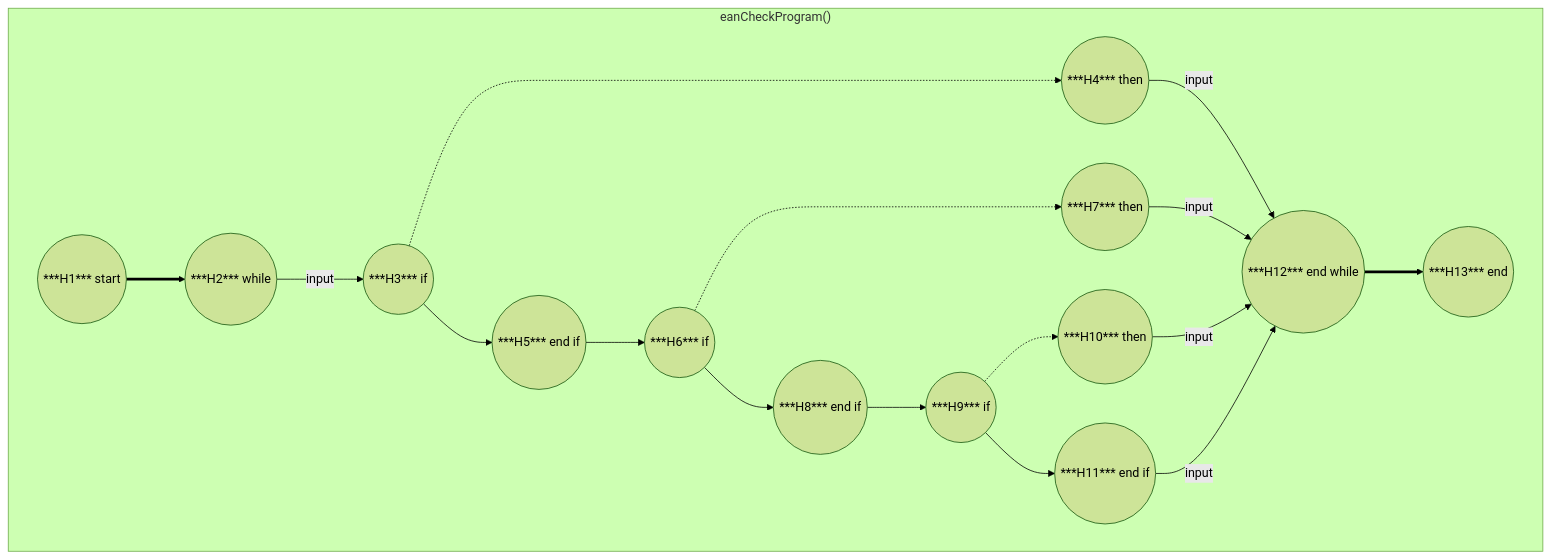
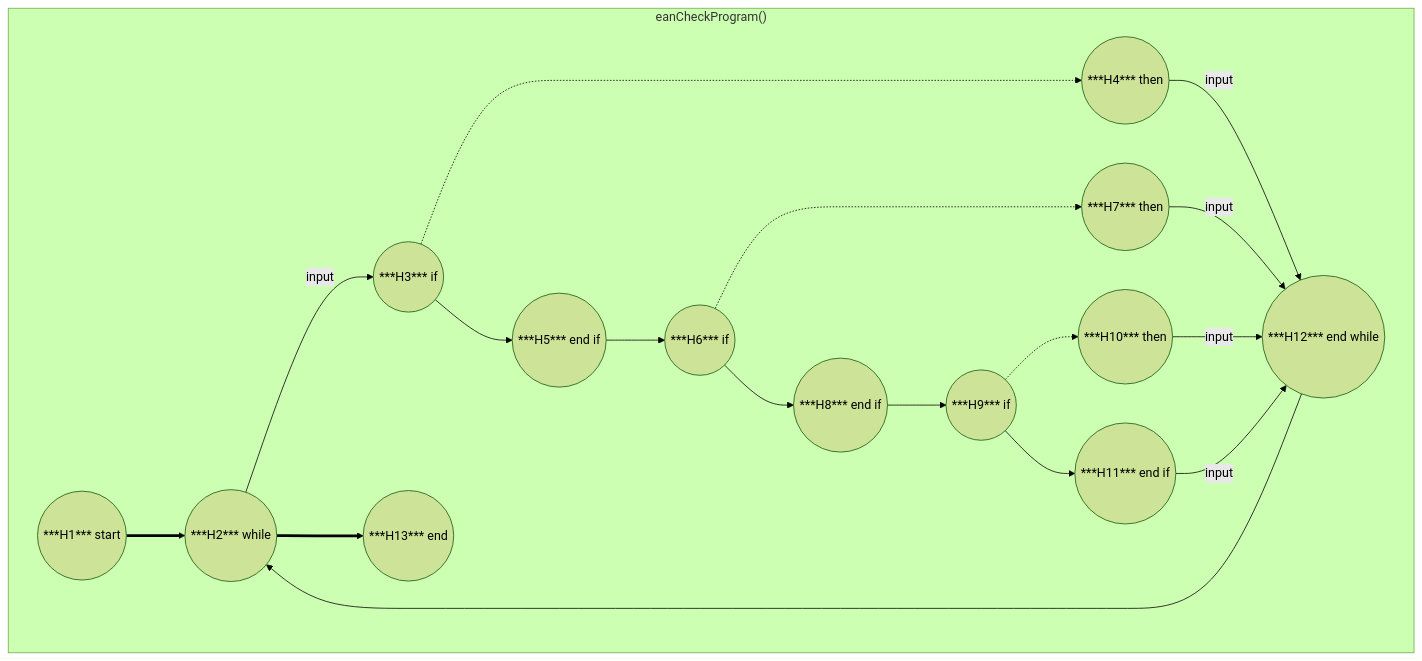
One commit to AlbelNox/EAN-Progamm changed the eighth of 8 diagrams in Walkthrough.md. Above: the diagram before and after it, drawn with Mermaid (forest theme). The commit also changed other lines of this file, not shown here.

````diff
--- a/Walkthrough.md
+++ b/Walkthrough.md
@@ -212,20 +212,21 @@
 ```mermaid
 graph TD
 subgraph "eanCheckProgram()"
 A((***H1*** start)) ==> B((***H2*** while))
 B-->|input| C((***H3*** if))
 C -.-> D((***H4*** then))
 D -->|input| L
 C --> E((***H5*** end if))
 E --> F((***H6*** if))
 F -.-> G((***H7*** then))
 G -->|input| L
 F --> H((***H8*** end if))
 H --> I((***H9*** if))
 I -.-> J((***H10*** then))
 J -->|input| L
 I --> K((***H11*** end if))
 K -->|input| L((***H12*** end while))
-L ==> M((***H13*** end)) 
+L --> B
+B ==> M((***H13*** end)) 
 end
 ```
````
